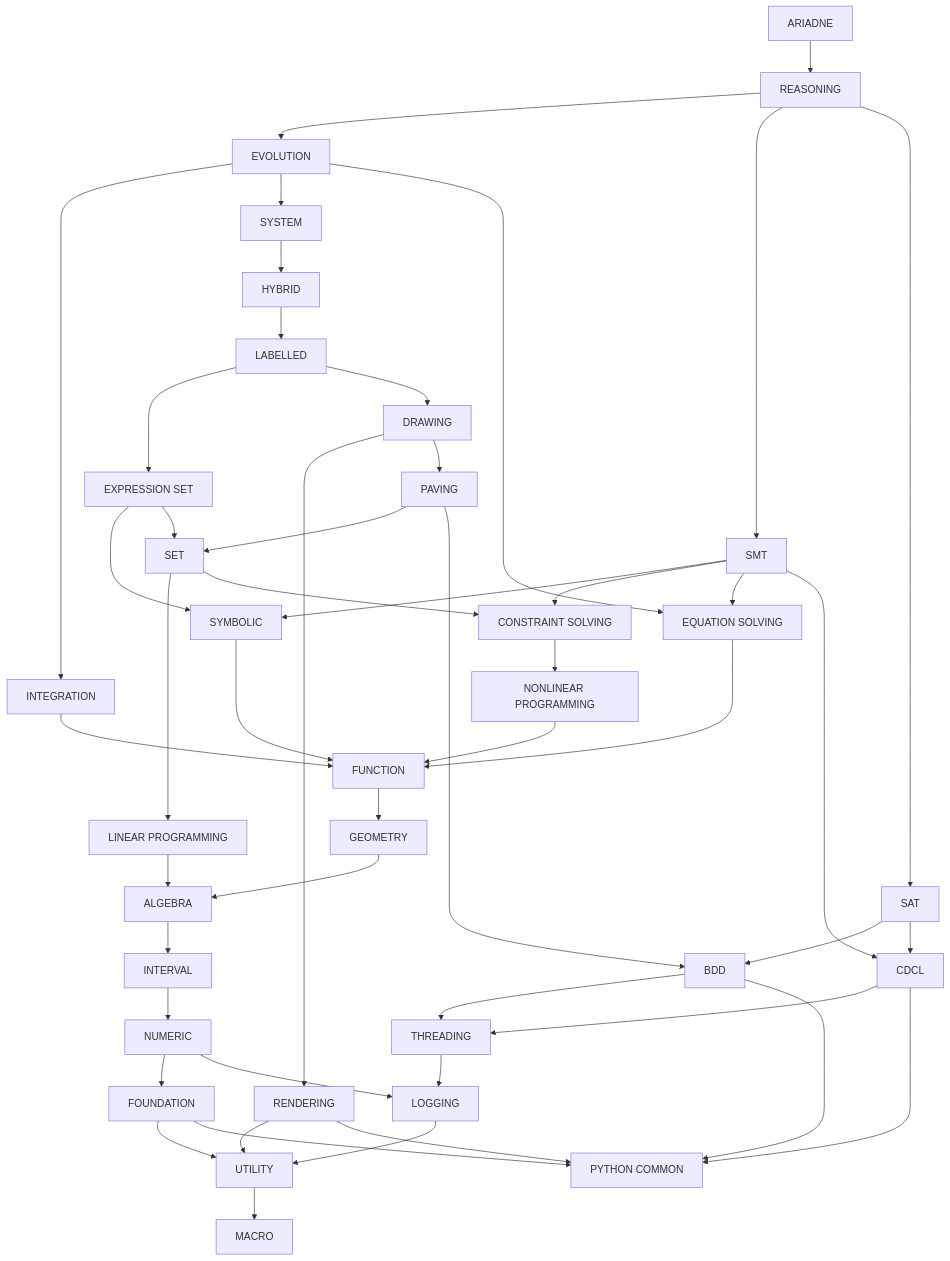
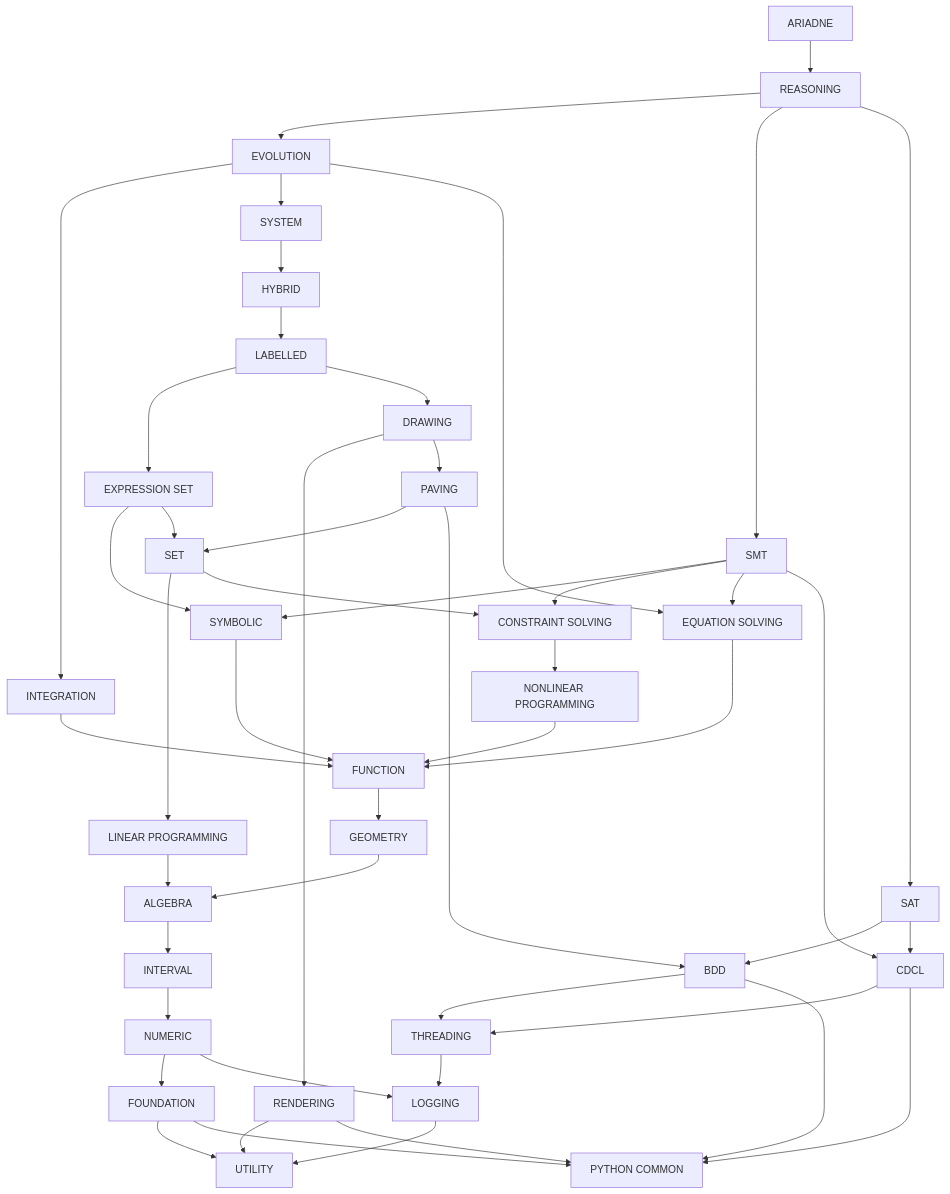
Before and after one commit to ariadne-cps/ariadne: the diagram in doc/structure.md, drawn with Mermaid. The commit also changed other lines of this file, not shown here.

Commit message:
docs: remove macro from module dependencies and graph

````diff
--- a/doc/structure.md
+++ b/doc/structure.md
@@ -35,7 +35,6 @@
     foundation["FOUNDATION"]
     utility["UTILITY"]
     python_common["PYTHON COMMON"]
-    macro["MACRO"]
 
     ariadne --> reasoning
     reasoning --> evolution
@@ -84,5 +83,4 @@
     logging --> utility
     foundation --> utility
     foundation --> python_common
-    utility --> macro
 ```
````
